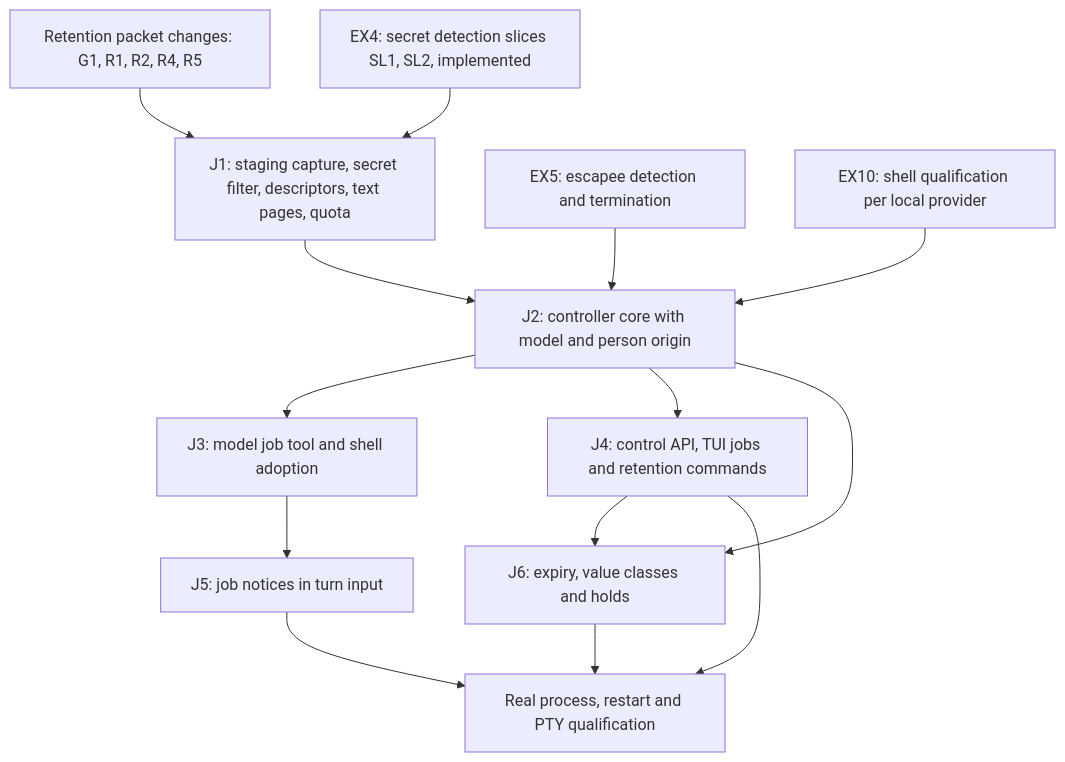
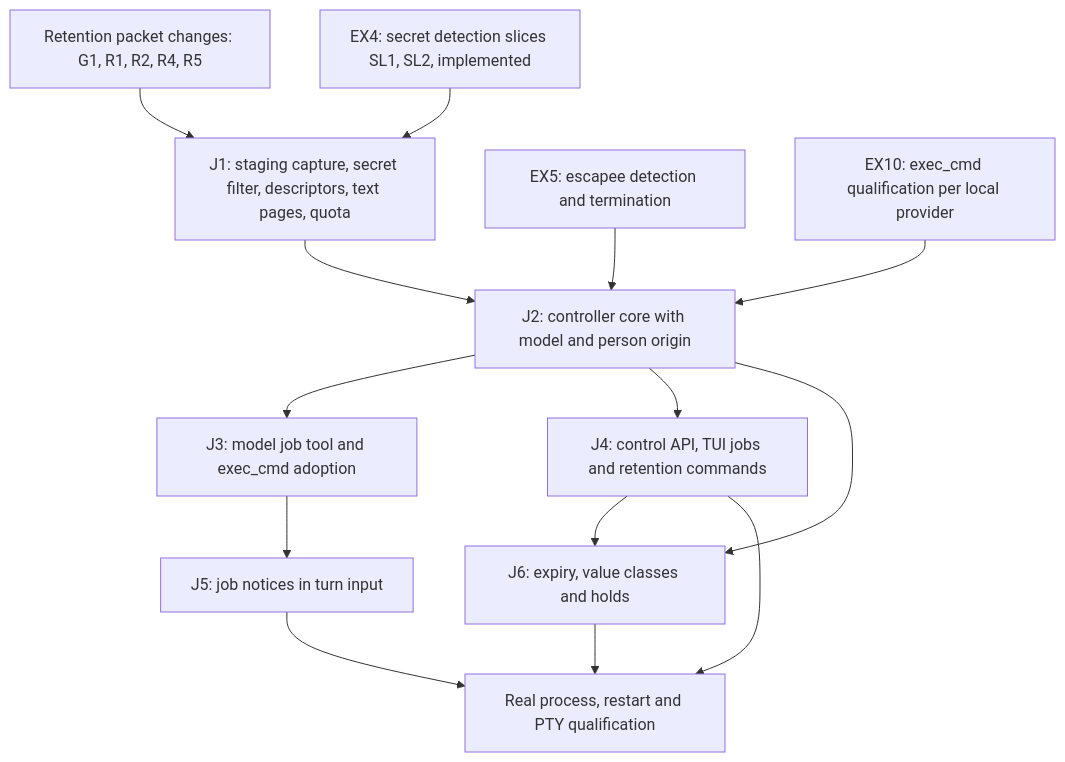
The sixth of 8 diagrams in docs/designs/tool-job-controller.md (pidster/asura), drawn with Mermaid before and after one commit. The commit also changed other lines of this file and 84 other files, not shown here.

````diff
--- a/docs/designs/tool-job-controller.md
+++ b/docs/designs/tool-job-controller.md
@@ -927,16 +927,16 @@
 ```mermaid
 flowchart TD
     RP[Retention packet changes: G1, R1, R2, R4, R5] --> J1[J1: staging capture, secret filter, descriptors, text pages, quota]
     SD[EX4: secret detection slices SL1, SL2, implemented] --> J1
     ESC[EX5: escapee detection and termination] --> J2[J2: controller core with model and person origin]
-    QUAL[EX10: shell qualification per local provider] --> J2
+    QUAL[EX10: exec_cmd qualification per local provider] --> J2
     J1 --> J2
-    J2 --> J3[J3: model job tool and shell adoption]
+    J2 --> J3[J3: model job tool and exec_cmd adoption]
     J2 --> J4[J4: control API, TUI jobs and retention commands]
     J2 --> J6[J6: expiry, value classes and holds]
     J3 --> J5[J5: job notices in turn input]
     J4 --> J6
     J4 --> Q[Real process, restart and PTY qualification]
     J5 --> Q
     J6 --> Q
 ```
````
